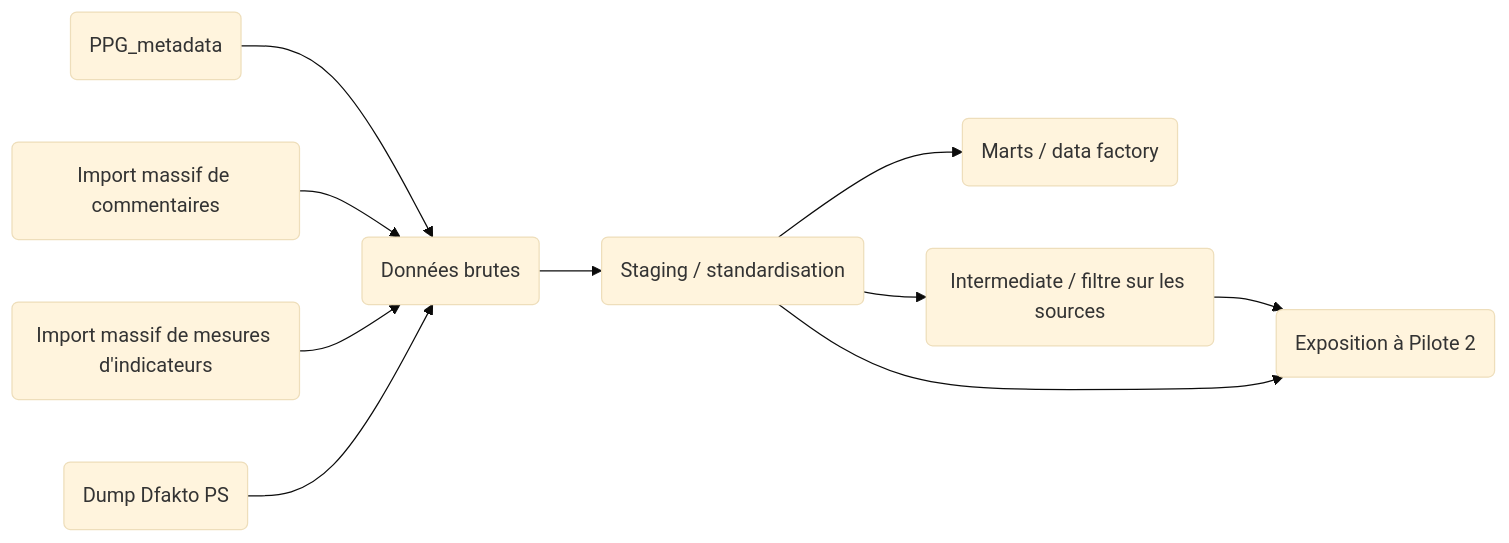
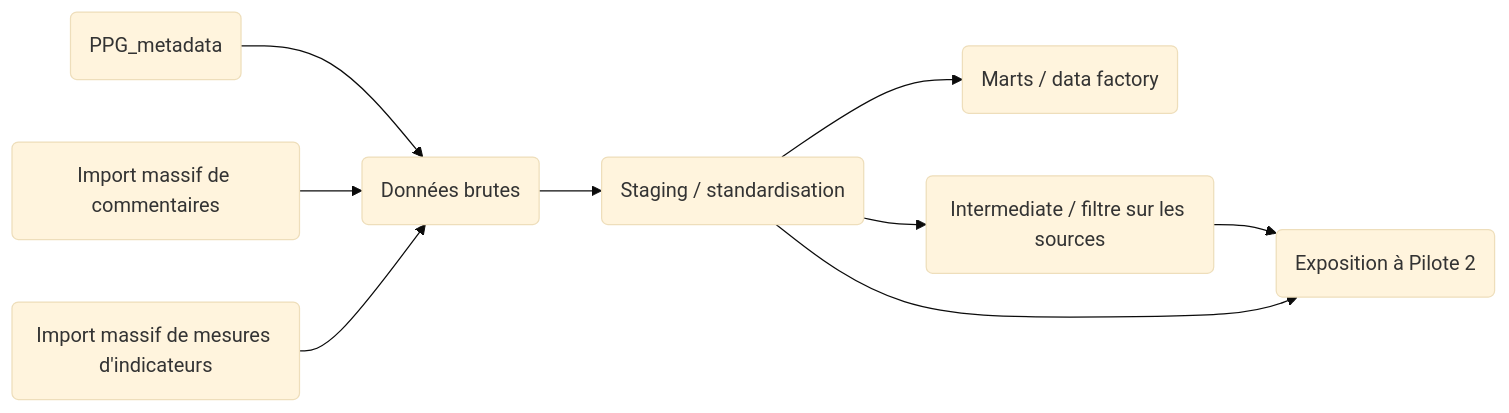
Before and after one commit to DITP-pilotage/pilote-2: the second of 2 diagrams in data_management/README.md, drawn with Mermaid (base theme). The commit also changed other lines of this file and 1 other file, not shown here.

Commit message:
Add SSH key to GH Action for dbt docs generation

````diff
--- a/data_management/README.md
+++ b/data_management/README.md
@@ -327,12 +326,11 @@
 ``` mermaid
 graph LR
 PM(PPG_metadata) --> RAW(Données brutes)
 IC(Import massif de commentaires) --> RAW
 MI(Import massif de mesures d'indicateurs) --> RAW
-DFAK(Dump Dfakto PS) --> RAW
 RAW --> STG(Staging / standardisation)
 STG --> MARTS(Marts / data factory)
 STG --> INTER(Intermediate / filtre sur les sources)
 INTER --> PUBLIC(Exposition à Pilote 2)
 STG --> PUBLIC
 ```
````
